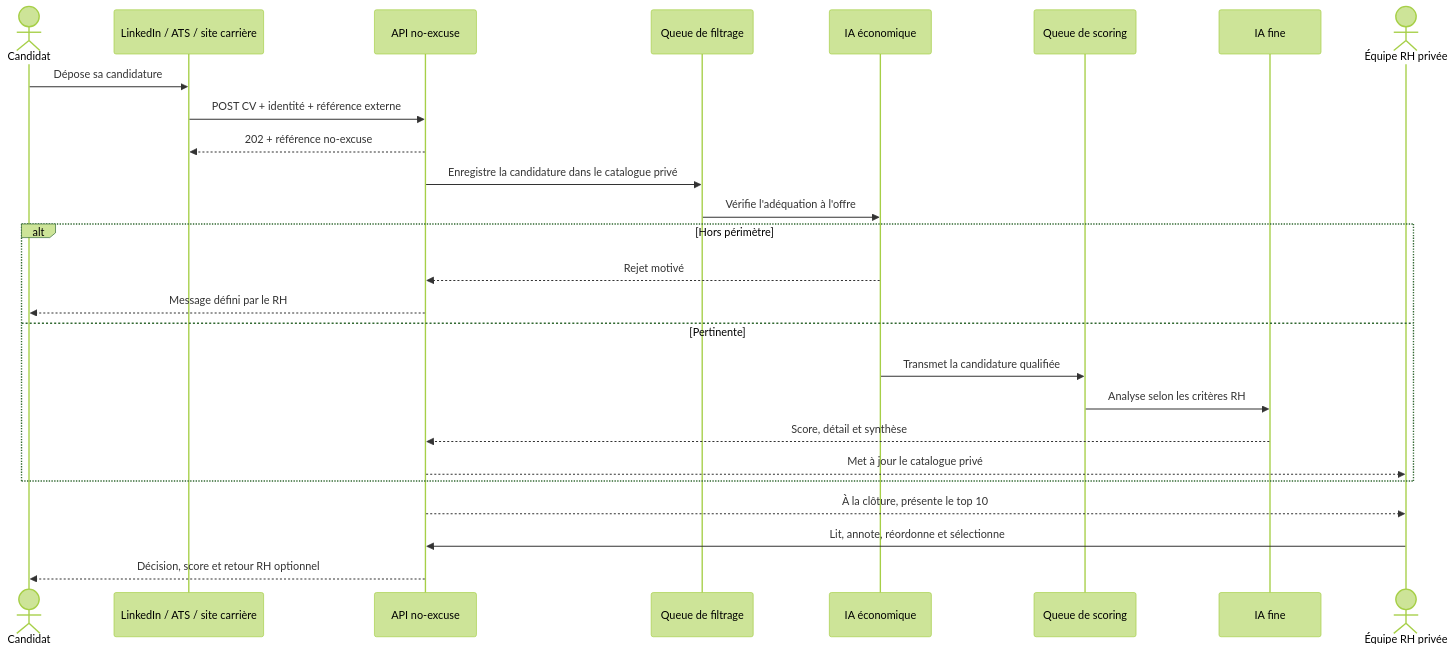
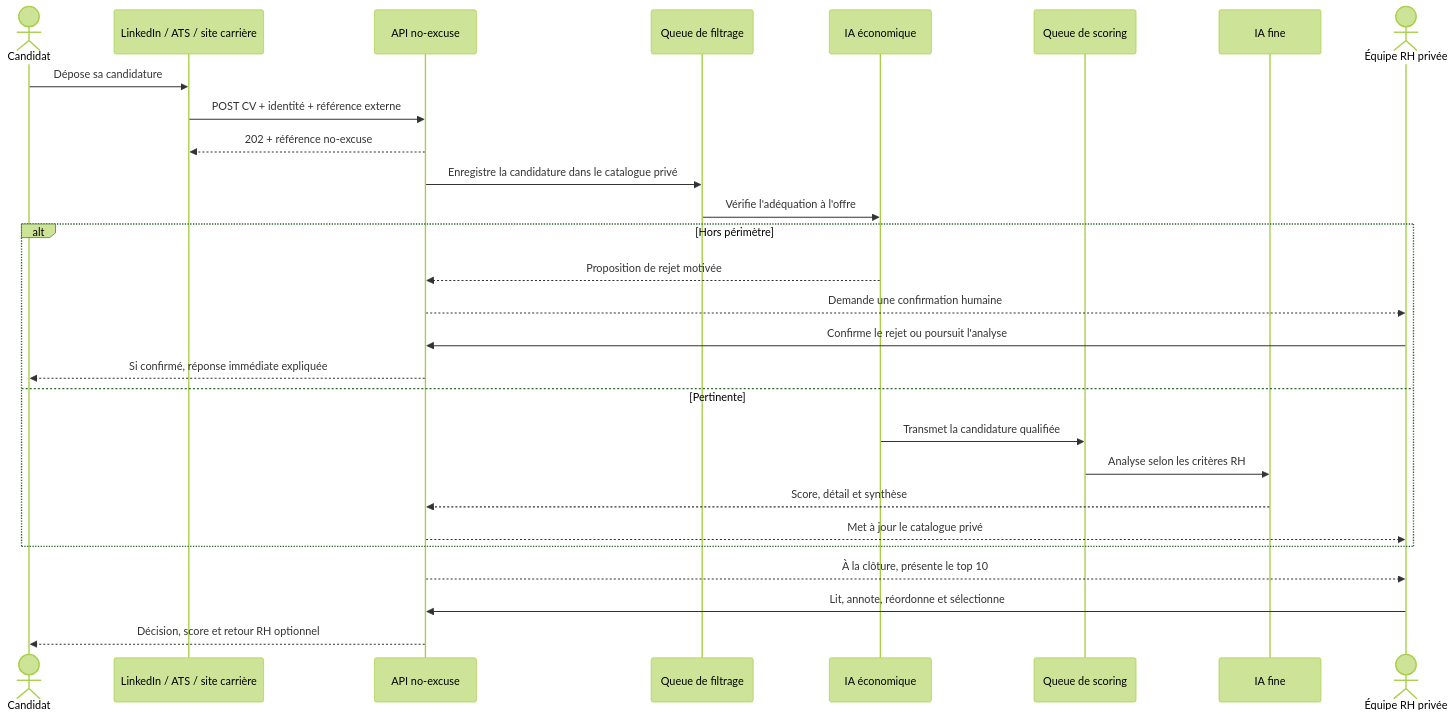
One commit to Axxon/no-excuse changed the diagram in README.md. Above: the diagram before and after it, drawn with Mermaid (forest theme). The commit also changed other lines of this file and 89 other files, not shown here.

````diff
--- a/README.md
+++ b/README.md
@@ -5,29 +5,31 @@
 ```mermaid
 sequenceDiagram
     actor C as Candidat
     participant X as LinkedIn / ATS / site carrière
     participant API as API no-excuse
     participant Q1 as Queue de filtrage
     participant IA1 as IA économique
     participant Q2 as Queue de scoring
     participant IA2 as IA fine
     actor RH as Équipe RH privée
 
     C->>X: Dépose sa candidature
     X->>API: POST CV + identité + référence externe
     API-->>X: 202 + référence no-excuse
     API->>Q1: Enregistre la candidature dans le catalogue privé
     Q1->>IA1: Vérifie l'adéquation à l'offre
     alt Hors périmètre
-        IA1-->>API: Rejet motivé
-        API-->>C: Message défini par le RH
+        IA1-->>API: Proposition de rejet motivée
+        API-->>RH: Demande une confirmation humaine
+        RH->>API: Confirme le rejet ou poursuit l'analyse
+        API-->>C: Si confirmé, réponse immédiate expliquée
     else Pertinente
         IA1->>Q2: Transmet la candidature qualifiée
         Q2->>IA2: Analyse selon les critères RH
         IA2-->>API: Score, détail et synthèse
         API-->>RH: Met à jour le catalogue privé
     end
     API-->>RH: À la clôture, présente le top 10
     RH->>API: Lit, annote, réordonne et sélectionne
     API-->>C: Décision, score et retour RH optionnel
 ```
````
